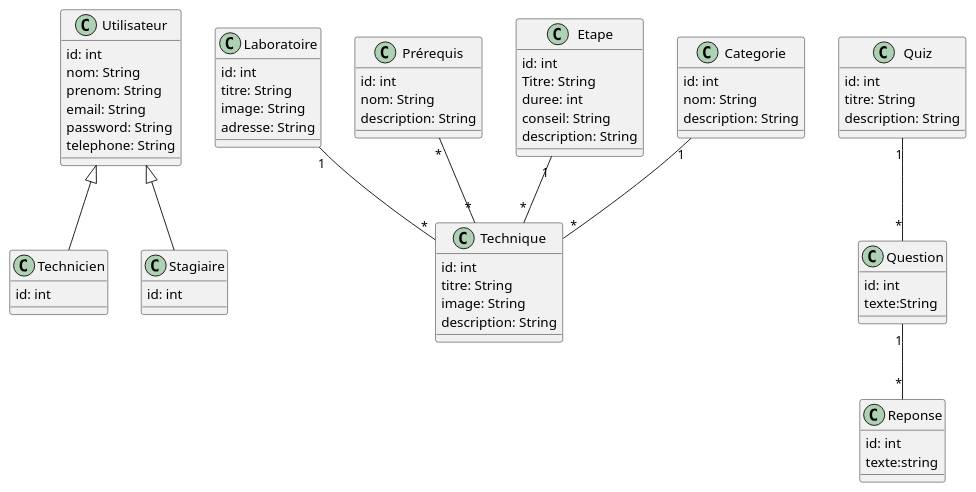
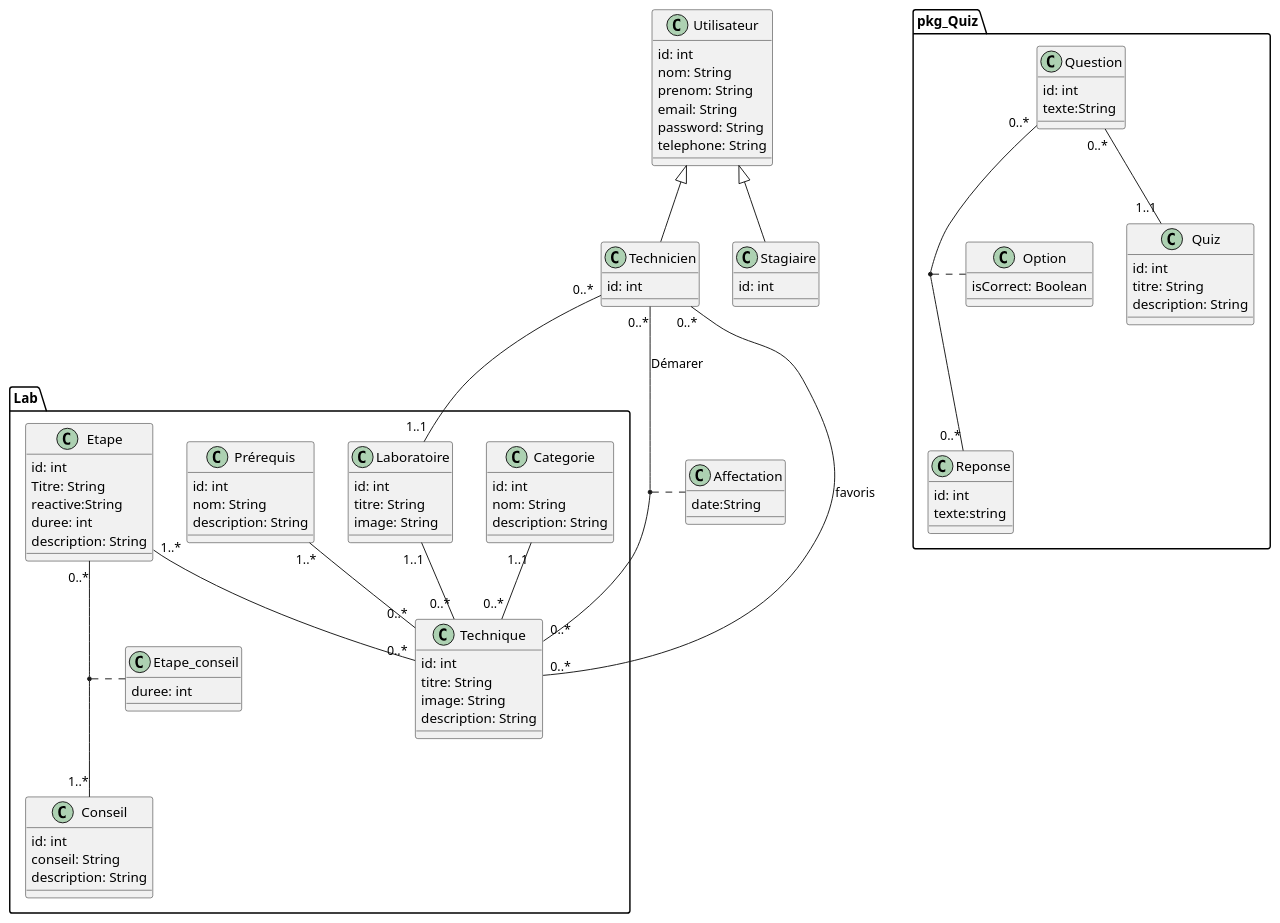
One commit to DevZakariaAz/TechLab-Pro changed the diagram in docs/uml/ClassDiagramm.puml. Above: the diagram before and after it, drawn with PlantUML.

Commit message:
fix Class Diagramm

```diff
--- a/docs/uml/ClassDiagramm.puml
+++ b/docs/uml/ClassDiagramm.puml
@@ -1,82 +1,121 @@
 @startuml
 
 
 class Utilisateur {
     id: int
     nom: String
     prenom: String
     email: String
     password: String
     telephone: String
 }
 
 class Technicien {
   id: int
 }
 class Stagiaire {
   id: int
 }
 
-class Laboratoire {
+
+
+
+
+class Affectation {
+  date:String
+}
+
+
+package "Lab"{
+  class Laboratoire {
   id: int
   titre: String
   image: String
-  adresse: String
-}
-
-class Technique {
+  }
+  class Prérequis {
+      id: int
+      nom: String
+      description: String
+  }
+  class Etape {
+      id: int
+      Titre: String
+      reactive:String
+      duree: int
+      description: String
+  }
+  class Conseil {
+      id: int
+      conseil: String
+      description: String
+  }
+  class Categorie{
+      id: int
+      nom: String
+      description: String
+  }
+  class Technique {
   id: int
   titre: String
   image: String
   description: String
+  }
+  class Etape_conseil
+  {
+    duree: int
+  }
 }
+package "pkg_Quiz" {
 
-class Prérequis {
-    id: int
-    nom: String
-    description: String
-}
-class Etape {
-    id: int
-    Titre: String
-    duree: int
-    conseil: String
-    description: String
-}
-class Categorie{
-    id: int
-    nom: String
-    description: String
-}
-class Quiz{
+  
+
+  class Question{
+      id: int
+      texte:String
+  }
+
+  class Reponse{
+      id: int
+      texte:string
+  }
+  class Option
+  {
+    isCorrect: Boolean
+  }
+
+  class Quiz{
     id: int
     titre: String
     description: String
+  }
 }
 
-class Question{
-    id: int
-    texte:String
-}
 
-class Reponse{
-    id: int
-    texte:string
-}
 
-' relations des utilisateurs(Héritage) : 
+' relations des utilisateurs(Héritage) :
 Utilisateur <|-- Technicien
 Utilisateur <|-- Stagiaire
 
 ' autre relations  :
+Laboratoire "1..1" -- "0..*" Technique
+Technicien "0..*" -- "0..*" Technique : favoris
+Technicien "0..*" -- "0..*" Technique : Démarer
+(Technicien, Technique) . Affectation
+Prérequis "1..*" -- "0..*" Technique
+Technicien "0..*" -- "1..1" Laboratoire
+Categorie "1..1" -- "0..*" Technique
+Etape "1..*" -- "0..*" Technique
+Etape "0..*" -- "1..*" Conseil
+(Etape, Conseil) . Etape_conseil
 
-Laboratoire "1" -- "*" Technique
-Prérequis "*" -- "*" Technique
-Etape "1" -- "*" Technique
-Categorie "1" -- "*" Technique
 ' relations Quiz
-Quiz "1" -- "*" Question
-Question "1" -- "*" Reponse
+Question "0..*" -- "1..1" Quiz
+Question "0..*" -- "0..*" Reponse
+(Question, Reponse) . Option
+
+
+
+
 
 
 @enduml
```
